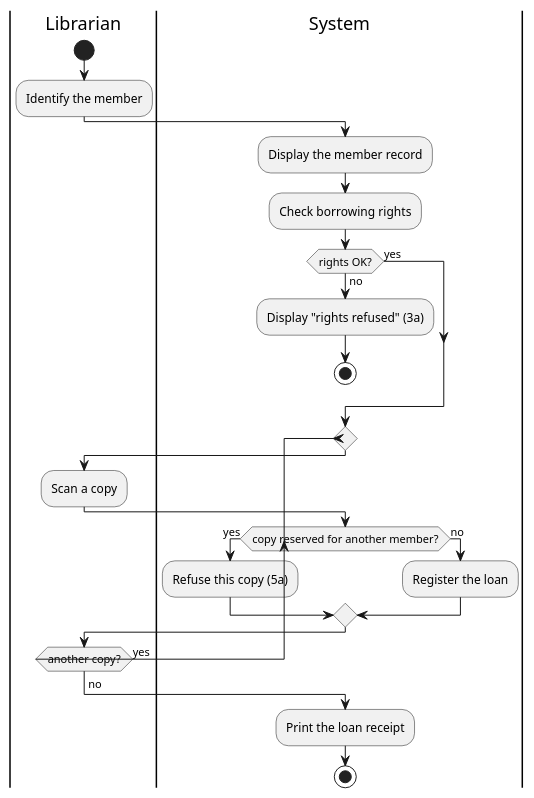
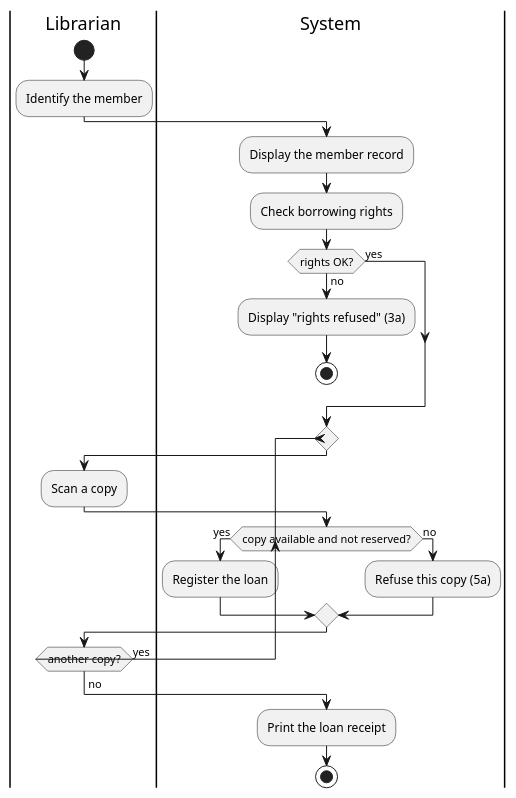
Before and after one commit to abdnnourgouadria-pixel/tp: the diagram in docs/uml/register-loan-activity.puml, drawn with PlantUML. The commit also changed 10 other files, not shown here.

Commit message:
Update UML files and screenshots

```diff
--- a/docs/uml/register-loan-activity.puml
+++ b/docs/uml/register-loan-activity.puml
@@ -1,28 +1,28 @@
 @startuml
 |Librarian|
 start
 :Identify the member;
 |System|
 :Display the member record;
 :Check borrowing rights;
 if (rights OK?) then (yes)
 else (no)
   :Display "rights refused" (3a);
   stop
 endif
 repeat
   |Librarian|
   :Scan a copy;
   |System|
-  if (copy reserved for another member?) then (yes)
+  if (copy available and not reserved?) then (yes)
+    :Register the loan;
+  else (no)
     :Refuse this copy (5a);
-  else (no)
-    :Register the loan;
   endif
   |Librarian|
 repeat while (another copy?) is (yes)
 ->no;
 |System|
 :Print the loan receipt;
 stop
 @enduml
```
